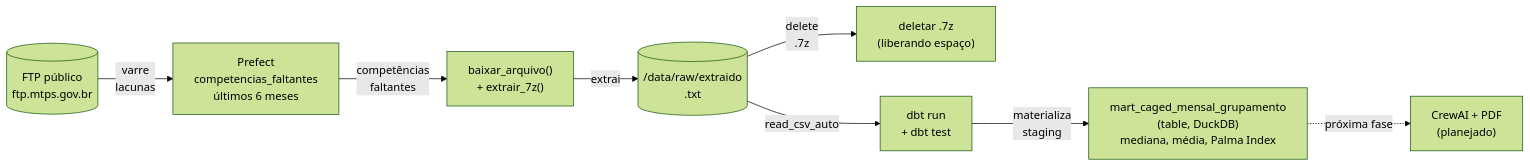
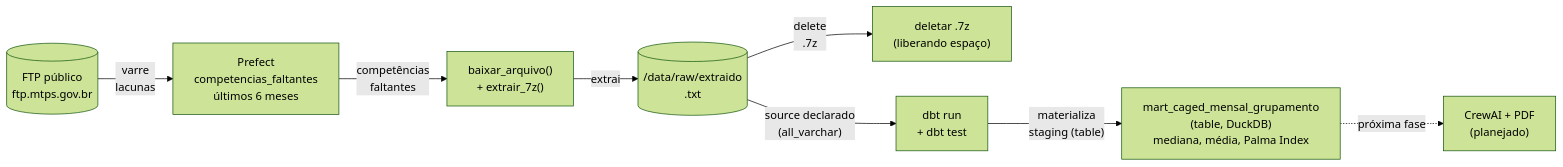
Before and after one commit to raulleninis/heco-caged-datastack: the first of 2 diagrams in README.md, drawn with Mermaid (forest theme). The commit also changed other lines of this file and 9 other files, not shown here.

````diff
--- a/README.md
+++ b/README.md
@@ -10,19 +10,19 @@
 ```mermaid
 flowchart LR
     FTP[("FTP público\nftp.mtps.gov.br")]
     SCAN["Prefect\ncompetencias_faltantes<br/>últimos 6 meses"]
     DL["baixar_arquivo()<br/>+ extrair_7z()"]
     DEL["deletar .7z<br/>(liberando espaço)"]
     RAW[("/data/raw/extraido<br/>.txt")]
     RUN["dbt run<br/>+ dbt test"]
     MART["mart_caged_mensal_grupamento<br/>(table, DuckDB)<br/>mediana, média, Palma Index"]
     REPORT["CrewAI + PDF<br/>(planejado)"]
 
     FTP -->|"varre<br/>lacunas"| SCAN
     SCAN -->|"competências<br/>faltantes"| DL
     DL -->|"extrai"| RAW
     RAW -->|"delete<br/>.7z"| DEL
-    RAW -->|"read_csv_auto"| RUN
-    RUN -->|"materializa<br/>staging"| MART
+    RAW -->|"source declarado<br/>(all_varchar)"| RUN
+    RUN -->|"materializa<br/>staging (table)"| MART
     MART -.->|"próxima fase"| REPORT
 ```
````
